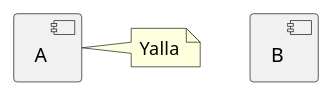
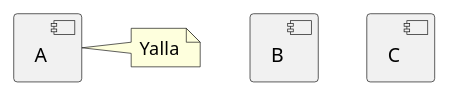
One commit to fauser/c4 changed the diagram in include.puml. Above: the diagram before and after it, drawn with PlantUML.

```diff
--- a/include.puml
+++ b/include.puml
@@ -1,5 +1,6 @@
 [A]
 note Right of A
   Yalla
 end note
 [B]
+[C]
```
